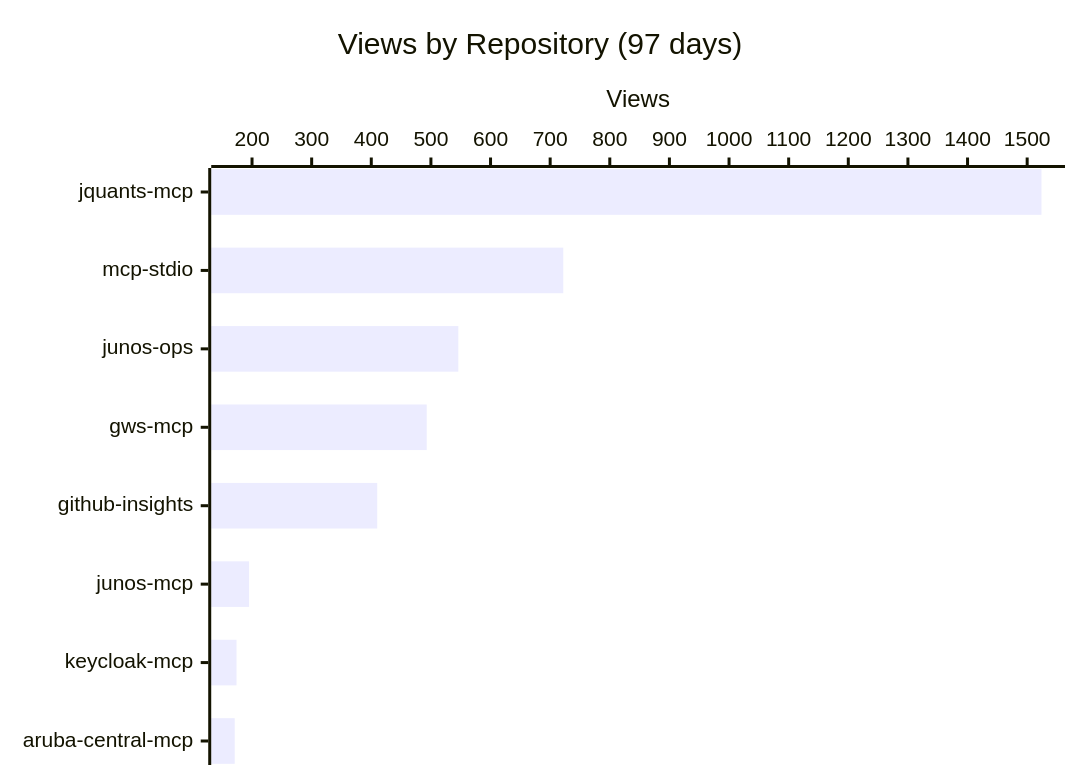
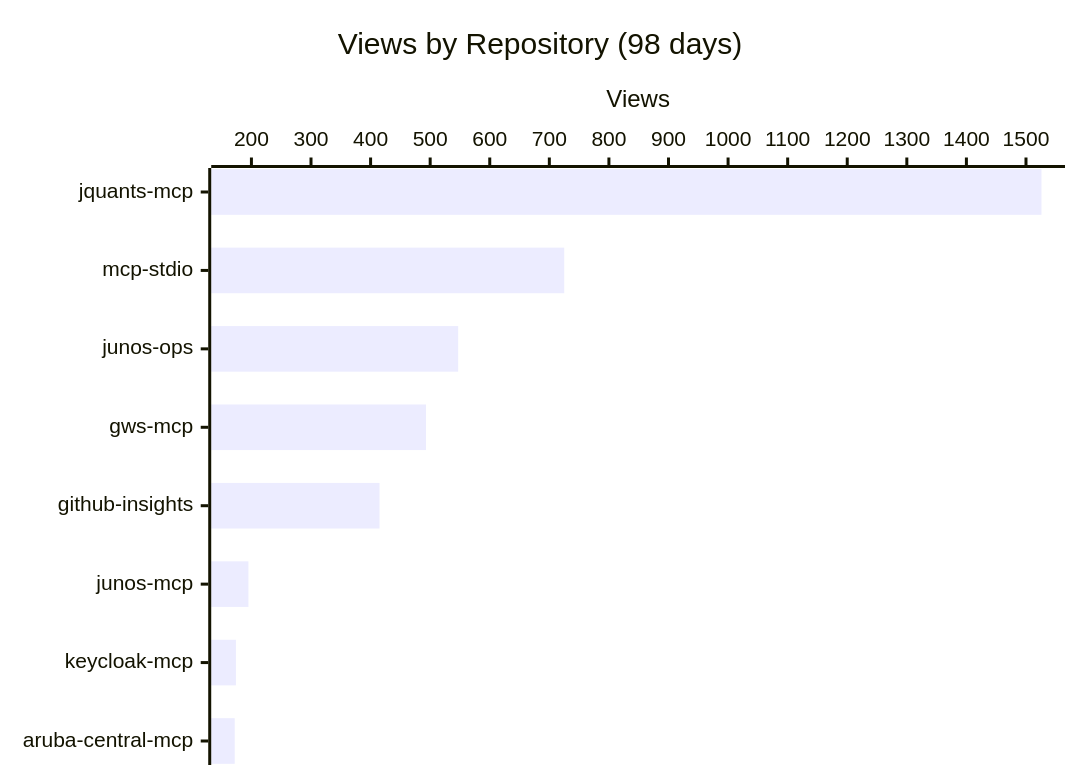
Before and after one commit to shigechika/github-insights: the first of 3 diagrams in README.md, drawn with Mermaid. The commit also changed other lines of this file and 2 other files, not shown here.

````diff
--- a/README.md
+++ b/README.md
@@ -18,7 +18,7 @@
 ```mermaid
 xychart-beta horizontal
-    title "Views by Repository (97 days)"
+    title "Views by Repository (98 days)"
     x-axis ["jquants-mcp", "mcp-stdio", "junos-ops", "gws-mcp", "github-insights", "junos-mcp", "keycloak-mcp", "aruba-central-mcp"]
     y-axis "Views"
-    bar [1524, 722, 546, 493, 410, 195, 174, 171]
+    bar [1526, 725, 547, 493, 415, 195, 174, 172]
 ```
````
